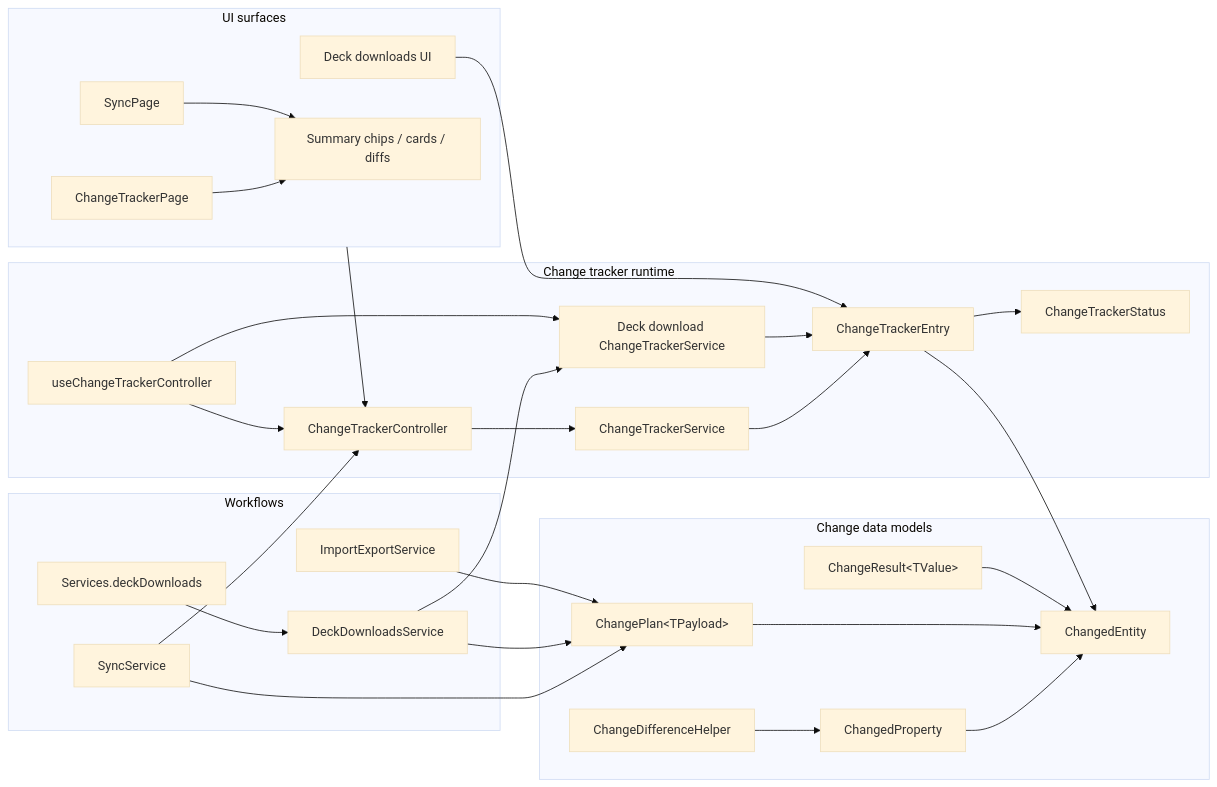
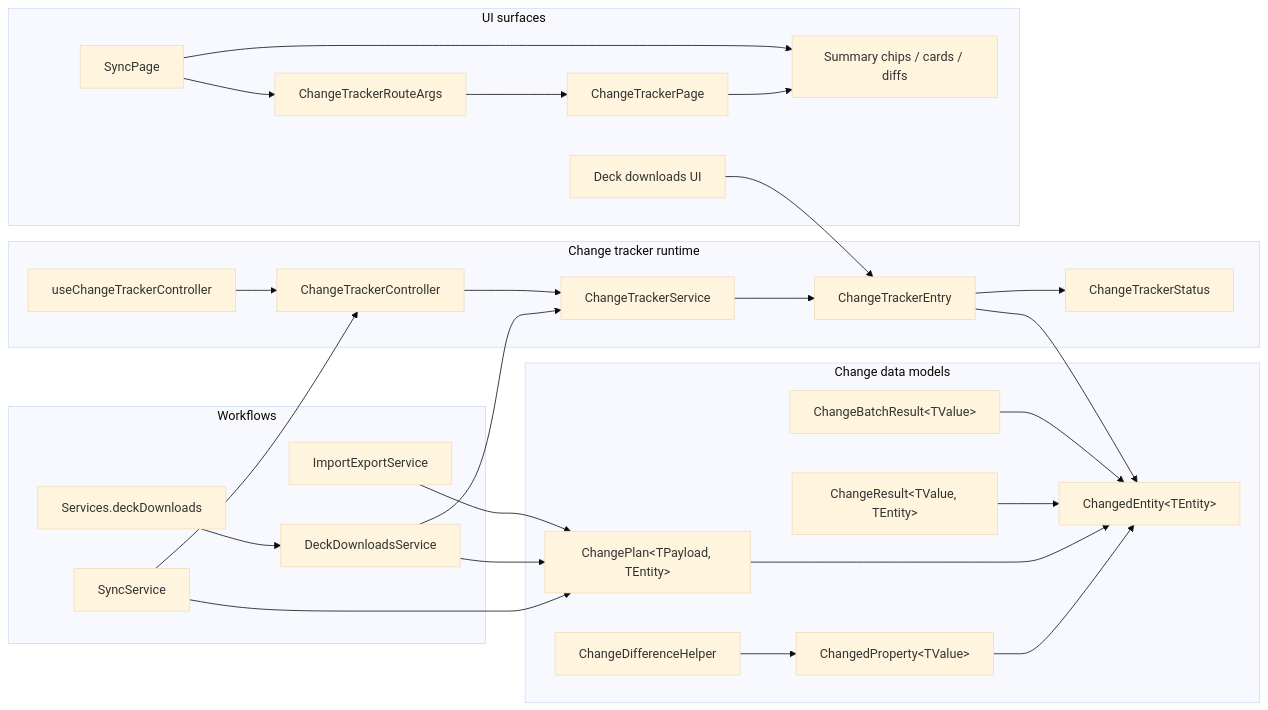
The first of 5 diagrams in lib/features/change_tracker/documentation/change_tracker.md (GuyWithBag/boo_mondai), drawn with Mermaid (base theme) before and after one commit. The commit also changed other lines of this file, not shown here.

Commit message:
docs(change-tracker): refresh architecture notes

````diff
--- a/lib/features/change_tracker/documentation/change_tracker.md
+++ b/lib/features/change_tracker/documentation/change_tracker.md
@@ -27,55 +34,56 @@
 ```mermaid
 flowchart LR
     subgraph Workflows
         Sync[SyncService]
         DeckDownloads[DeckDownloadsService]
         ImportExport[ImportExportService]
         AppServices[Services.deckDownloads]
     end
 
     subgraph DataModels[Change data models]
-        Preview["ChangePlan&lt;TPayload&gt;"]
-        Result["ChangeResult&lt;TValue&gt;"]
-        Record[ChangedEntity]
-        Property[ChangedProperty]
+        Preview["ChangePlan&lt;TPayload, TEntity&gt;"]
+        Result["ChangeResult&lt;TValue, TEntity&gt;"]
+        BatchResult["ChangeBatchResult&lt;TValue&gt;"]
+        Record["ChangedEntity&lt;TEntity&gt;"]
+        Property["ChangedProperty&lt;TValue&gt;"]
         Comparer[ChangeDifferenceHelper]
     end
 
     subgraph Tracker[Change tracker runtime]
         ServiceRuntime[ChangeTrackerService]
-        DownloadServiceRuntime[Deck download ChangeTrackerService]
         Controller[ChangeTrackerController]
         Hook[useChangeTrackerController]
         Entry[ChangeTrackerEntry]
         Status[ChangeTrackerStatus]
     end
 
     subgraph UI[UI surfaces]
+        RouteArgs[ChangeTrackerRouteArgs]
         ReviewPage[ChangeTrackerPage]
         SyncPage[SyncPage]
         Downloads[Deck downloads UI]
         Widgets[Summary chips / cards / diffs]
     end
 
     Sync --> Preview
     DeckDownloads --> Preview
     ImportExport --> Preview
     Comparer --> Property
     Property --> Record
     Preview --> Record
     Result --> Record
+    BatchResult --> Record
     Sync --> Controller
     AppServices --> DeckDownloads
-    DeckDownloads --> DownloadServiceRuntime
+    DeckDownloads --> ServiceRuntime
     Controller --> ServiceRuntime
     Hook --> Controller
-    Hook --> DownloadServiceRuntime
     ServiceRuntime --> Entry
-    DownloadServiceRuntime --> Entry
     Entry --> Status
     Entry --> Record
-    UI --> Controller
+    SyncPage --> RouteArgs
+    RouteArgs --> ReviewPage
     ReviewPage --> Widgets
     SyncPage --> Widgets
     Downloads --> Entry
 ```
````
